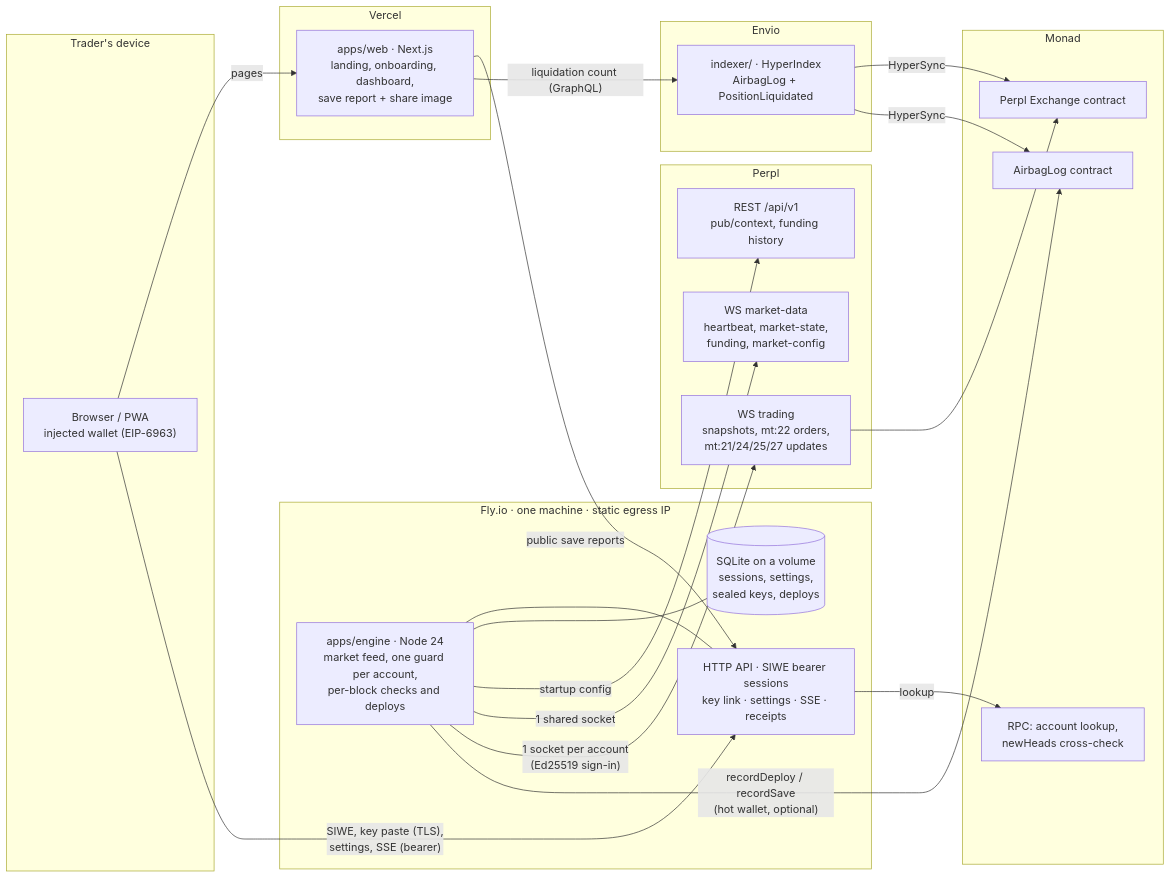
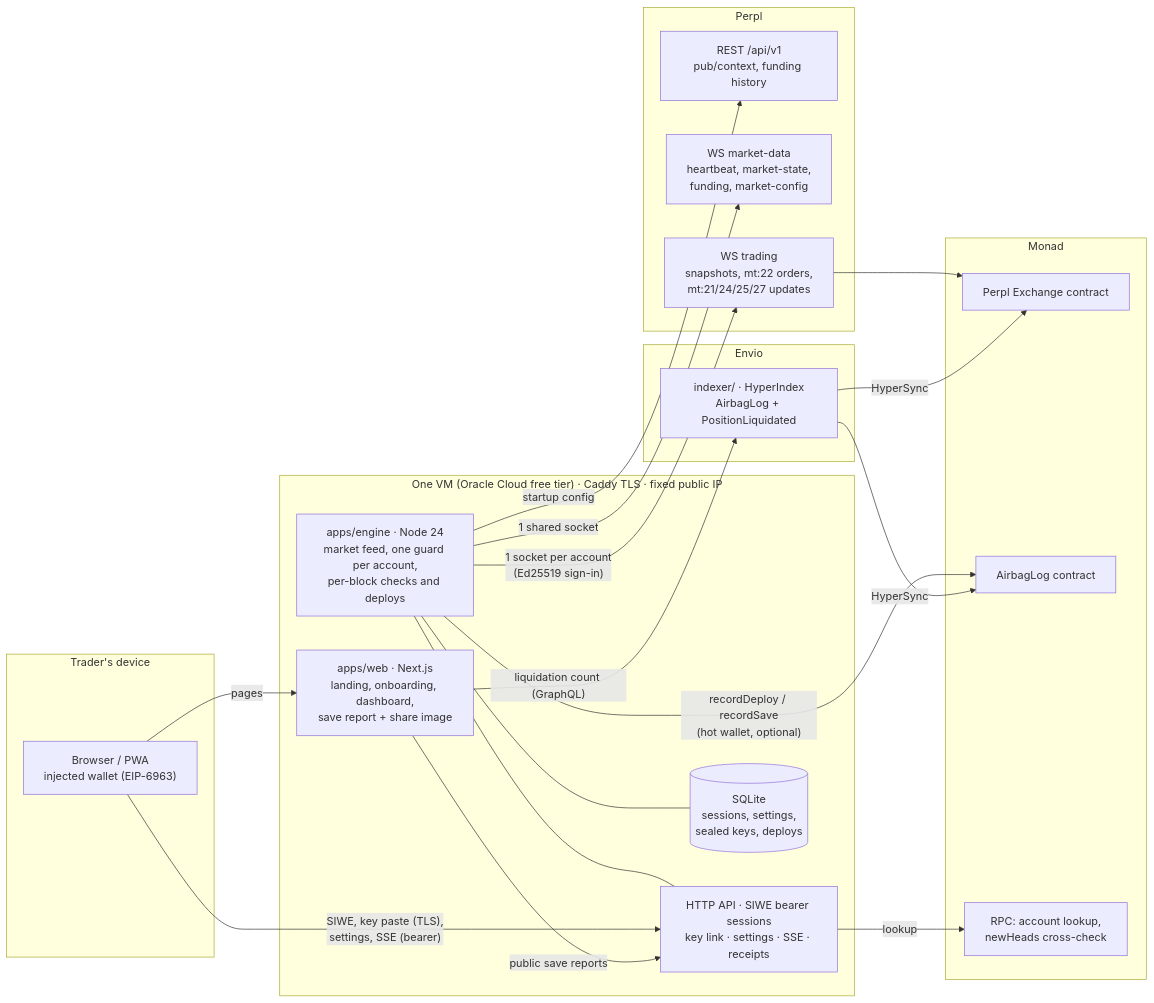
The first of 2 diagrams in docs/ARCHITECTURE.md (0xuser64bit/airbag), drawn with Mermaid before and after one commit. The commit also changed other lines of this file and 10 other files, not shown here.

First line of the commit message:
docs(adr): host on one free, shared VM and retire Fly

````diff
--- a/docs/ARCHITECTURE.md
+++ b/docs/ARCHITECTURE.md
@@ -11,47 +11,44 @@
 ```mermaid
 flowchart LR
   subgraph User["Trader's device"]
     B["Browser / PWA<br/>injected wallet (EIP-6963)"]
   end
 
-  subgraph Vercel
+  subgraph VM["One VM (Oracle Cloud free tier) · Caddy TLS · fixed public IP"]
     W["apps/web · Next.js<br/>landing, onboarding, dashboard,<br/>save report + share image"]
-  end
-
-  subgraph Fly["Fly.io · one machine · static egress IP"]
     E["apps/engine · Node 24<br/>market feed, one guard per account,<br/>per-block checks and deploys"]
     API["HTTP API · SIWE bearer sessions<br/>key link · settings · SSE · receipts"]
-    DB[("SQLite on a volume<br/>sessions, settings,<br/>sealed keys, deploys")]
+    DB[("SQLite<br/>sessions, settings,<br/>sealed keys, deploys")]
     E --- API
     E --- DB
   end
 
   subgraph Perpl
     PR["REST /api/v1<br/>pub/context, funding history"]
     MD["WS market-data<br/>heartbeat, market-state,<br/>funding, market-config"]
     TR["WS trading<br/>snapshots, mt:22 orders,<br/>mt:21/24/25/27 updates"]
   end
 
   subgraph Monad
     EX["Perpl Exchange contract"]
     LOG["AirbagLog contract"]
     RPC["RPC: account lookup,<br/>newHeads cross-check"]
   end
 
   subgraph Envio
     IDX["indexer/ · HyperIndex<br/>AirbagLog + PositionLiquidated"]
   end
 
   B -- "pages" --> W
   B -- "SIWE, key paste (TLS),<br/>settings, SSE (bearer)" --> API
   W -- "public save reports" --> API
   W -- "liquidation count (GraphQL)" --> IDX
   E -- "startup config" --> PR
   E -- "1 shared socket" --> MD
   E -- "1 socket per account<br/>(Ed25519 sign-in)" --> TR
   TR --> EX
   E -- "recordDeploy / recordSave<br/>(hot wallet, optional)" --> LOG
   API -- "lookup" --> RPC
   IDX -- "HyperSync" --> EX
   IDX -- "HyperSync" --> LOG
 ```
````
